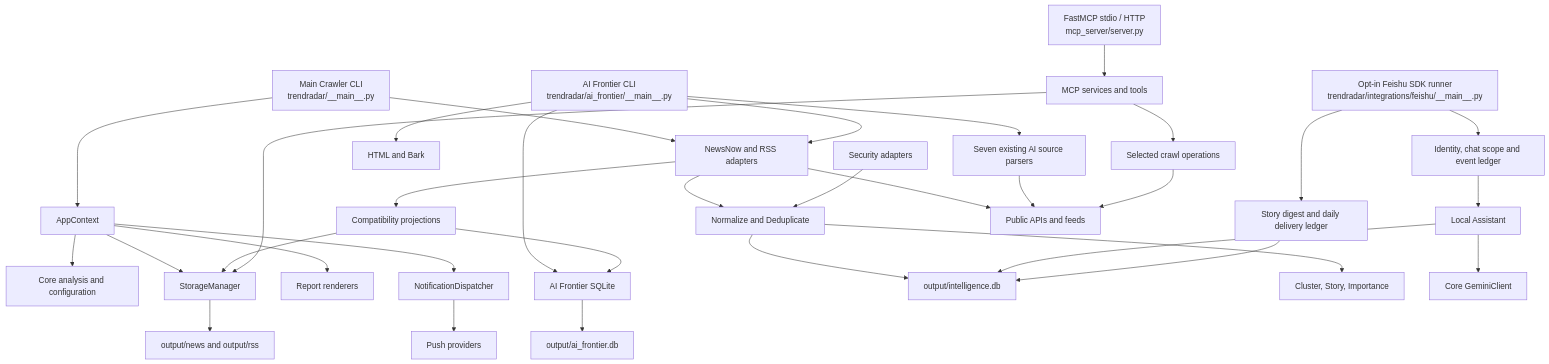
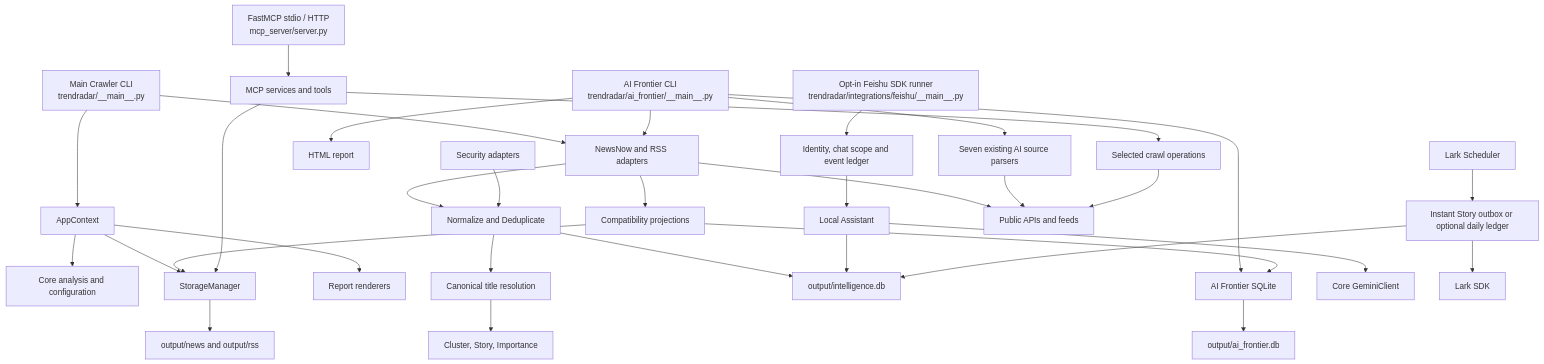
Before and after one commit to senzawapoi/TrendRadarpoi: the diagram in docs/code-review.md, drawn with Mermaid. The commit also changed other lines of this file and 38 other files, not shown here.

Commit message:
fix(intelligence): resolve translated titles before Story publication

````diff
--- a/docs/code-review.md
+++ b/docs/code-review.md
@@ -8,44 +8,44 @@
 ```mermaid
 flowchart TD
     Main[Main Crawler CLI\ntrendradar/__main__.py]
     Frontier[AI Frontier CLI\ntrendradar/ai_frontier/__main__.py]
     MCP[FastMCP stdio / HTTP\nmcp_server/server.py]
     Feishu[Opt-in Feishu SDK runner\ntrendradar/integrations/feishu/__main__.py]
 
     Main --> Context[AppContext]
     Main --> Adapters[NewsNow and RSS adapters]
     Context --> Core[Core analysis and configuration]
     Context --> Storage[StorageManager]
     Context --> Reports[Report renderers]
-    Context --> Notify[NotificationDispatcher]
 
     Frontier --> AISources[Seven existing AI source parsers]
     Frontier --> Adapters
     Frontier --> AIStore[AI Frontier SQLite]
-    Frontier --> AIOutput[HTML and Bark]
+    Frontier --> AIOutput[HTML report]
 
     Adapters --> Canonical[Normalize and Deduplicate]
     Canonical --> UnifiedDB[output/intelligence.db]
-    Canonical --> Stories[Cluster, Story, Importance]
+    Canonical --> Titles[Canonical title resolution]
+    Titles --> Stories[Cluster, Story, Importance]
     Security[Security adapters] --> Canonical
     Assistant[Local Assistant] --> UnifiedDB
     Assistant --> Gemini[Core GeminiClient]
     Feishu --> Gate[Identity, chat scope and event ledger]
     Gate --> Assistant
-    Feishu --> Daily[Story digest and daily delivery ledger]
+    Scheduler[Lark Scheduler] --> Daily[Instant Story outbox or optional daily ledger]
     Daily --> UnifiedDB
     Adapters --> Legacy[Compatibility projections]
     Legacy --> Storage
     Legacy --> AIStore
 
     MCP --> MCPServices[MCP services and tools]
     MCPServices --> Storage
     MCPServices --> CrawlOps[Selected crawl operations]
 
     Storage --> MainDB[output/news and output/rss]
     AIStore --> FrontierDB[output/ai_frontier.db]
     Adapters --> PublicAPIs[Public APIs and feeds]
     AISources --> PublicAPIs
     CrawlOps --> PublicAPIs
-    Notify --> Providers[Push providers]
+    Daily --> Provider[Lark SDK]
 ```
````
